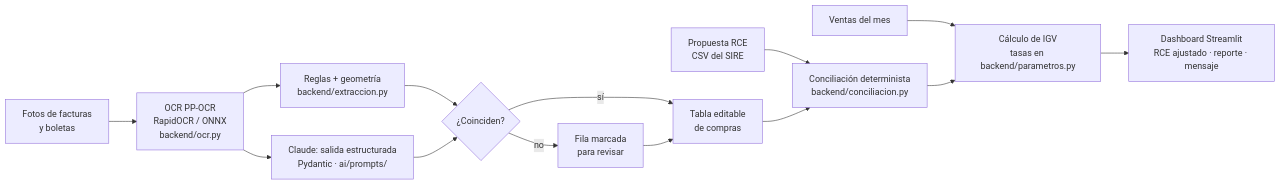
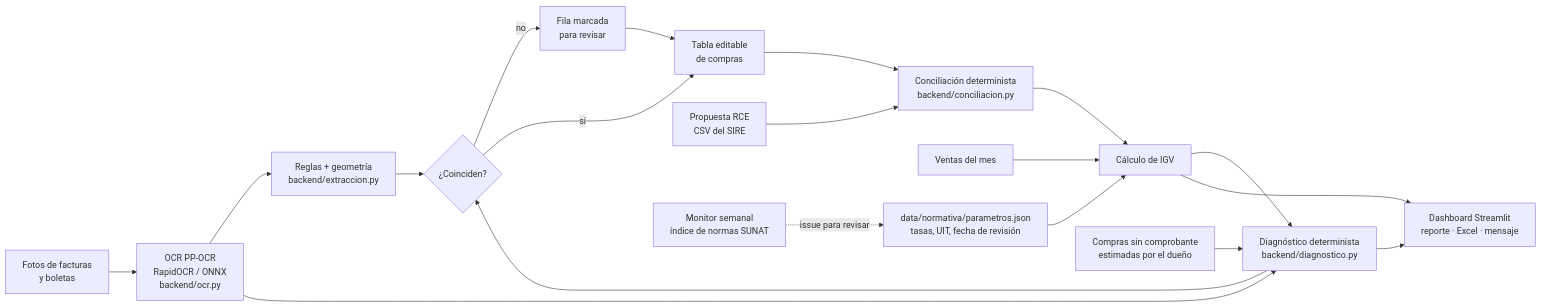
One commit to BritneyMiranda/validasire changed the diagram in README.md. Above: the diagram before and after it, drawn with Mermaid. The commit also changed other lines of this file and 15 other files, not shown here.

Commit message:
App: seccion de diagnostico y fecha de normativa; entrevistas, sintesis, README y capturas actualizados

````diff
--- a/README.md
+++ b/README.md
@@ -83,16 +91,21 @@
 ```mermaid
 flowchart LR
     A[Fotos de facturas<br/>y boletas] --> B[OCR PP-OCR<br/>RapidOCR / ONNX<br/>backend/ocr.py]
     B --> C[Reglas + geometría<br/>backend/extraccion.py]
     B --> D[Claude: salida estructurada<br/>Pydantic · ai/prompts/]
     C --> E{¿Coinciden?}
     D --> E
     E -- no --> F[Fila marcada<br/>para revisar]
     E -- sí --> G[Tabla editable<br/>de compras]
     F --> G
     H[Propuesta RCE<br/>CSV del SIRE] --> I[Conciliación determinista<br/>backend/conciliacion.py]
     G --> I
-    J[Ventas del mes] --> K[Cálculo de IGV<br/>tasas en backend/parametros.py]
+    J[Ventas del mes] --> K[Cálculo de IGV]
     I --> K
-    K --> L[Dashboard Streamlit<br/>RCE ajustado · reporte · mensaje]
+    P[data/normativa/parametros.json<br/>tasas, UIT, fecha de revisión] --> K
+    S[Monitor semanal<br/>índice de normas SUNAT] -. issue para revisar .-> P
+    K --> D[Diagnóstico determinista<br/>backend/diagnostico.py]
+    N[Compras sin comprobante<br/>estimadas por el dueño] --> D
+    D --> L[Dashboard Streamlit<br/>reporte · Excel · mensaje]
+    K --> L
 ```
````
